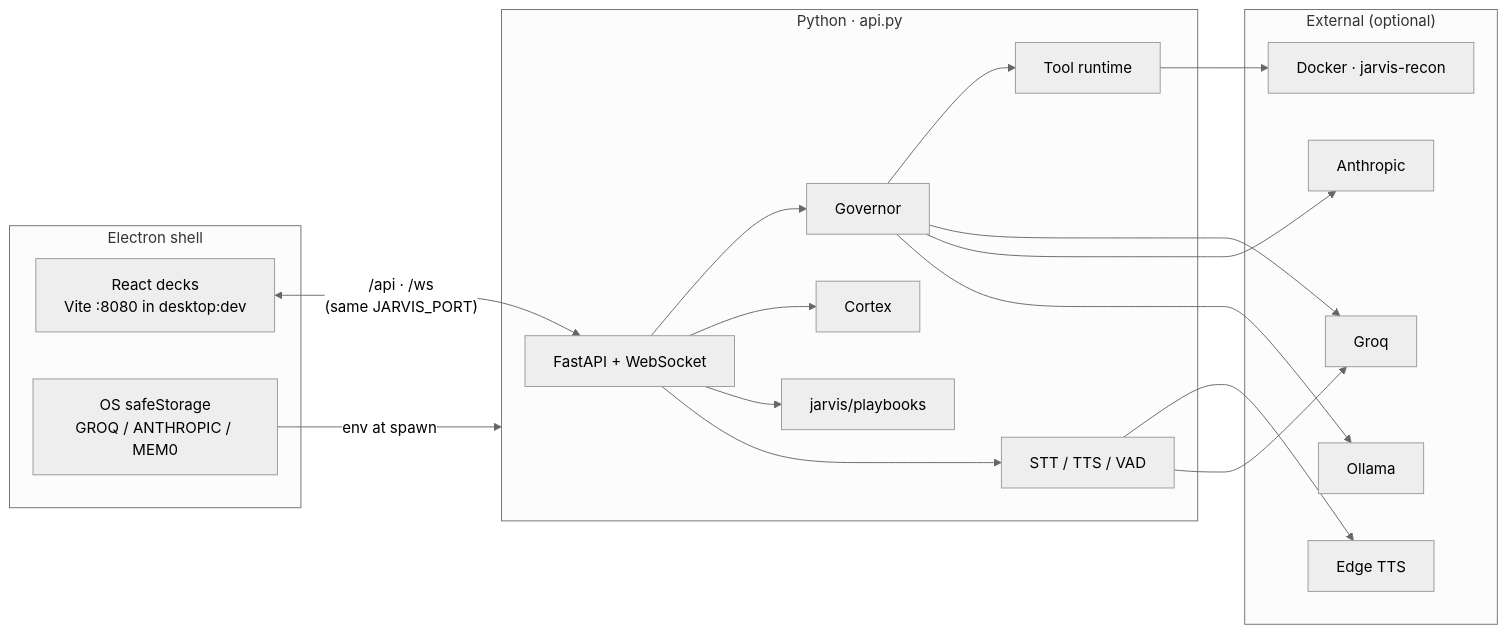
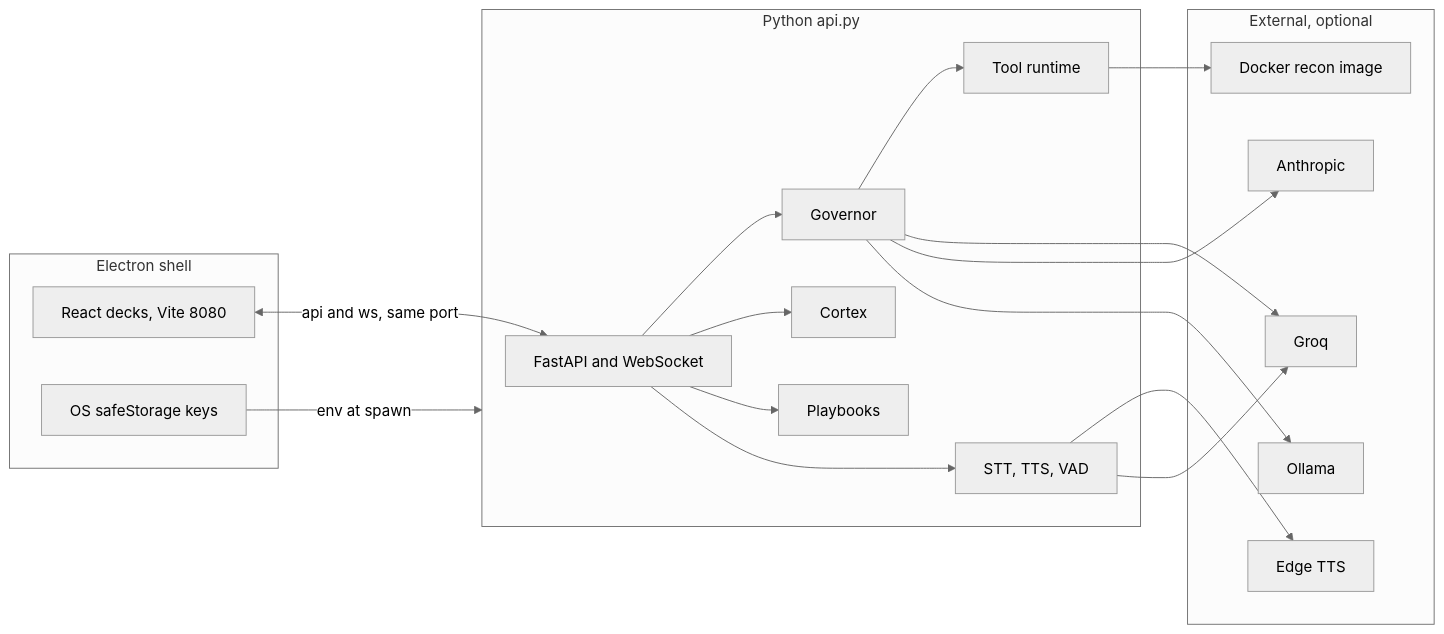
One commit to roshansrikanth21/jarv1s changed the first of 2 diagrams in README.md. Above: the diagram before and after it, drawn with Mermaid (neutral theme). The commit also changed other lines of this file, not shown here.

Commit message:
Render the architecture diagrams on GitHub again.
GitHub's Mermaid no longer accepts HTML line breaks or colons inside sequence messages, so both diagrams were dumped as raw text.

````diff
--- a/README.md
+++ b/README.md
@@ -98,37 +98,37 @@
 ```mermaid
 flowchart LR
   subgraph Shell["Electron shell"]
-    UI["React decks<br/>Vite :8080 in desktop:dev"]
-    Keys["OS safeStorage<br/>GROQ / ANTHROPIC / MEM0"]
+    UI["React decks, Vite 8080"]
+    Keys["OS safeStorage keys"]
   end
 
-  subgraph Backend["Python · api.py"]
-    WS["FastAPI + WebSocket"]
+  subgraph Backend["Python api.py"]
+    WS["FastAPI and WebSocket"]
     Gov["Governor"]
     Cortex["Cortex"]
-    Skills["jarvis/playbooks"]
+    Skills["Playbooks"]
     Tools["Tool runtime"]
-    Voice["STT / TTS / VAD"]
+    Voice["STT, TTS, VAD"]
   end
 
-  subgraph External["External (optional)"]
+  subgraph External["External, optional"]
     Groq["Groq"]
     Claude["Anthropic"]
     Ollama["Ollama"]
     Edge["Edge TTS"]
-    Docker["Docker · jarvis-recon"]
+    Docker["Docker recon image"]
   end
 
-  UI <-->|"/api · /ws<br/>(same JARVIS_PORT)"| WS
+  UI <-->|"api and ws, same port"| WS
   Keys -->|env at spawn| Backend
   WS --> Gov --> Tools
   WS --> Cortex
   WS --> Skills
   WS --> Voice
   Gov --> Groq
   Gov --> Claude
   Gov --> Ollama
   Voice --> Edge
   Voice --> Groq
   Tools --> Docker
 ```
````
